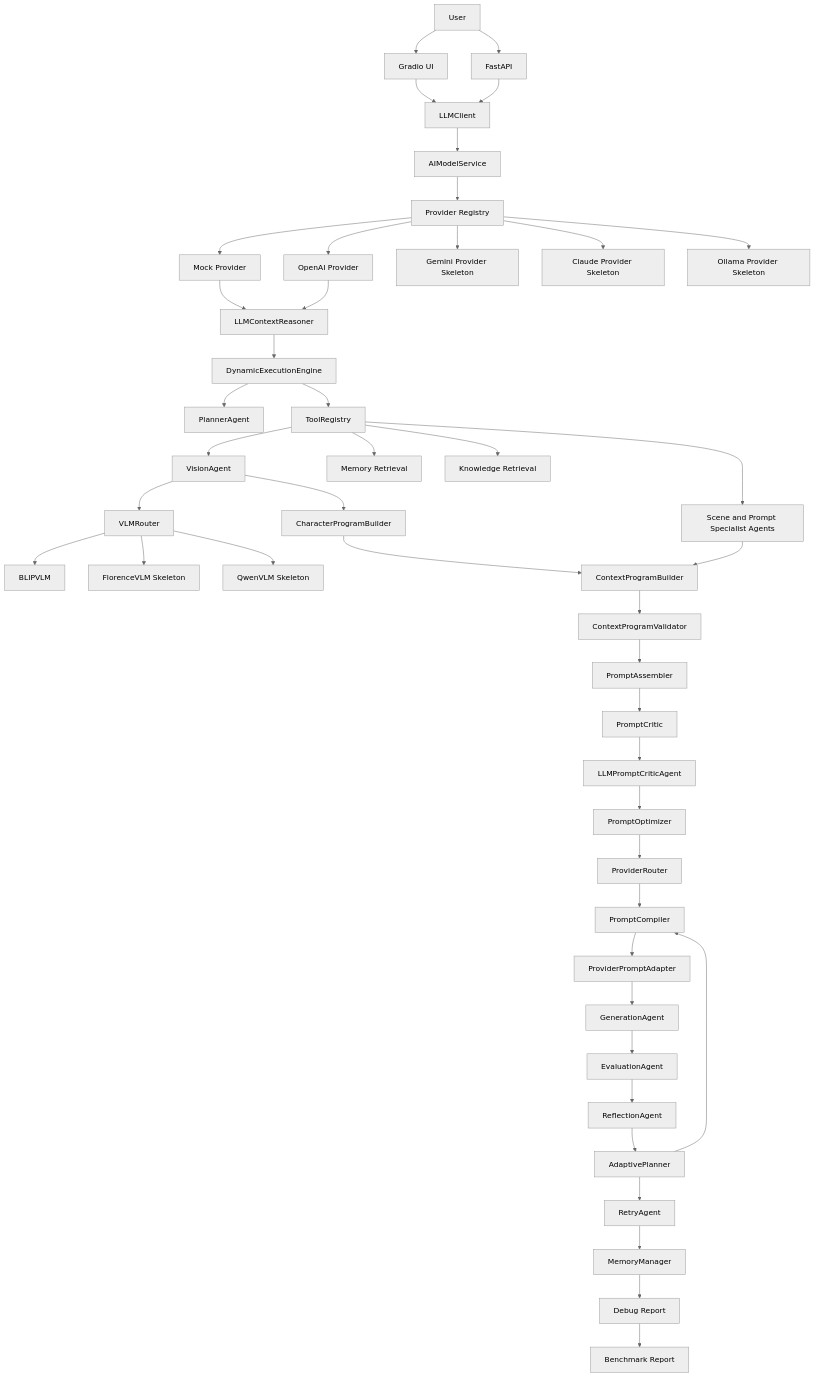
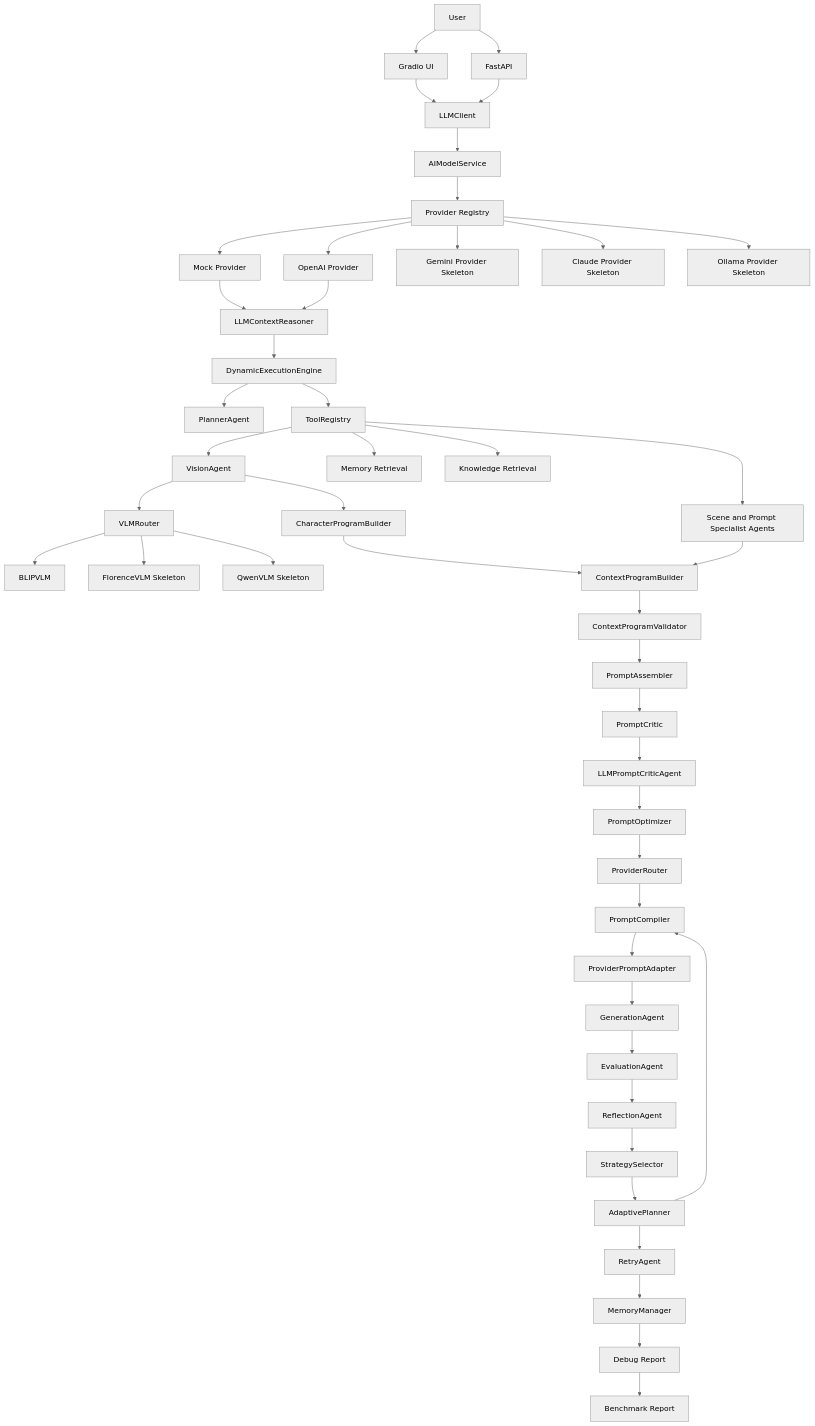
The diagram in docs/architecture.md (wooyybb/multimodal-ai-agent-playground), drawn with Mermaid (neutral theme) before and after one commit. The commit also changed other lines of this file and 13 other files, not shown here.

Commit message:
feat(reasoning): add strategy selector for adaptive planning

````diff
--- a/docs/architecture.md
+++ b/docs/architecture.md
@@ -69,47 +69,48 @@
 ```mermaid
 flowchart TD
     U[User] --> UI[Gradio UI]
     U --> API[FastAPI]
     UI --> LC[LLMClient]
     API --> LC
     LC --> AMS[AIModelService]
     AMS --> REG[Provider Registry]
     REG --> ML[Mock Provider]
     REG --> OAI[OpenAI Provider]
     REG --> GEM[Gemini Provider Skeleton]
     REG --> CLA[Claude Provider Skeleton]
     REG --> OLL[Ollama Provider Skeleton]
     ML --> LR[LLMContextReasoner]
     OAI --> LR
     LR --> E[DynamicExecutionEngine]
     E --> P[PlannerAgent]
     E --> R[ToolRegistry]
     R --> V[VisionAgent]
     V --> VR[VLMRouter]
     VR --> BLIP[BLIPVLM]
     VR --> FLO[FlorenceVLM Skeleton]
     VR --> QW[QwenVLM Skeleton]
     V --> CPB[CharacterProgramBuilder]
     CPB --> CP[ContextProgramBuilder]
     R --> M1[Memory Retrieval]
     R --> K[Knowledge Retrieval]
     R --> S[Scene and Prompt Specialist Agents]
     S --> CP[ContextProgramBuilder]
     CP --> CV[ContextProgramValidator]
     CV --> PA[PromptAssembler]
     PA --> PC[PromptCritic]
     PC --> LPC[LLMPromptCriticAgent]
     LPC --> PO[PromptOptimizer]
     PO --> PR[ProviderRouter]
     PR --> PCMP[PromptCompiler]
     PCMP --> PPA[ProviderPromptAdapter]
     PPA --> G[GenerationAgent]
     G --> EV[EvaluationAgent]
     EV --> RF[ReflectionAgent]
-    RF --> AP[AdaptivePlanner]
+    RF --> SS[StrategySelector]
+    SS --> AP[AdaptivePlanner]
     AP --> PCMP
     AP --> RT[RetryAgent]
     RT --> MM[MemoryManager]
     MM --> DR[Debug Report]
     DR --> B[Benchmark Report]
 ```
````
